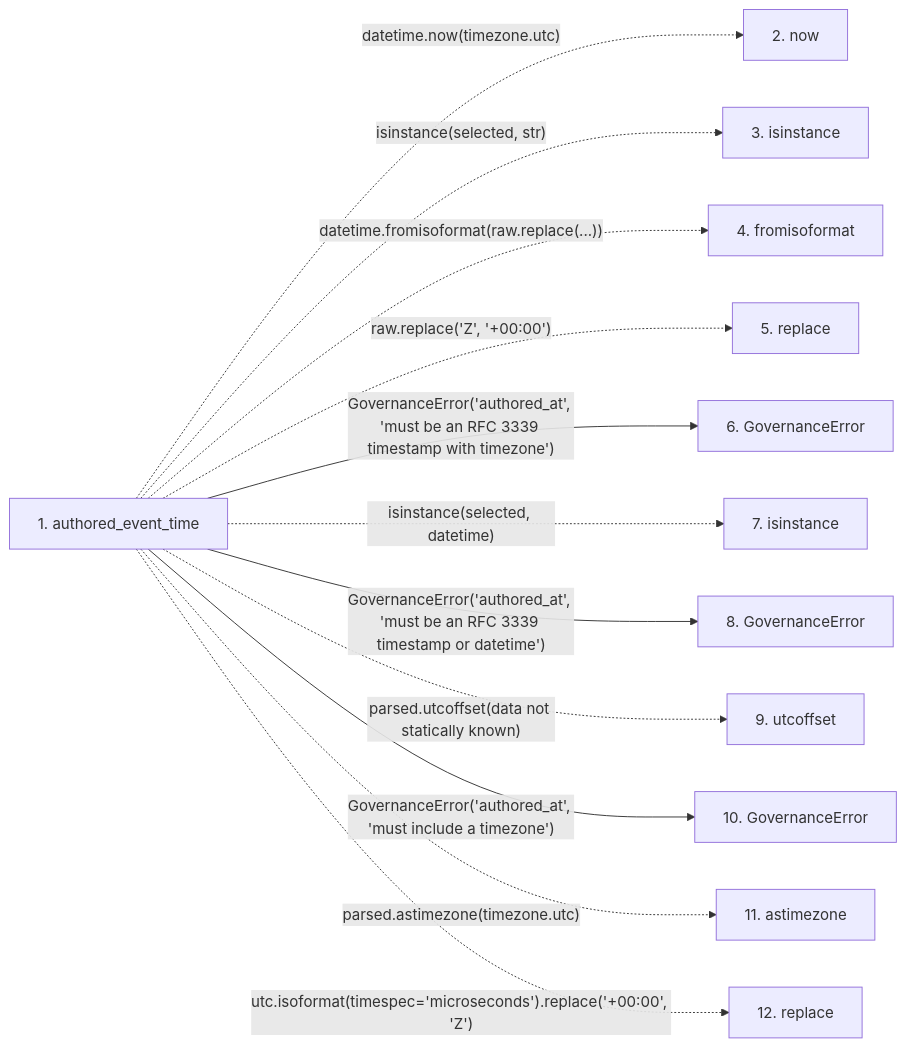
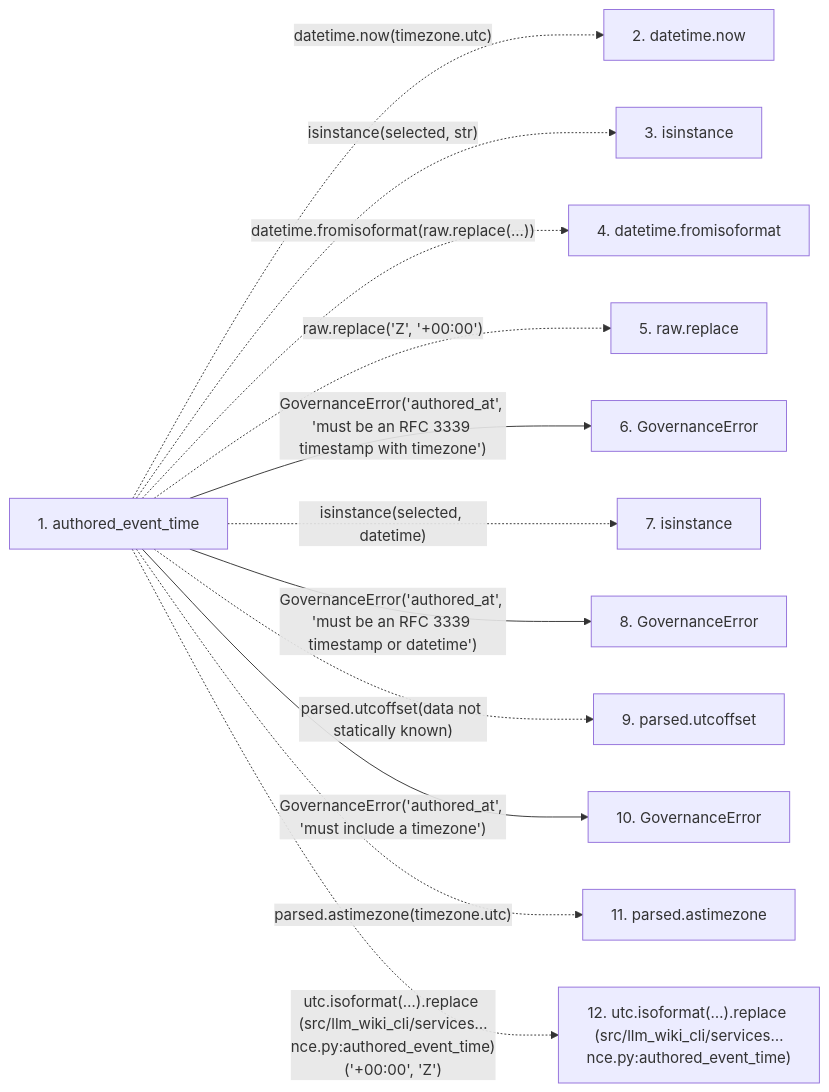
One commit to Denissvgn/python-wiki-llm changed the second of 2 diagrams in docs/llm_wiki/flows/api-authored_event_time.md. Above: the diagram before and after it, drawn with Mermaid. The commit also changed other lines of this file and 719 other files, not shown here.

````diff
--- a/docs/llm_wiki/flows/api-authored_event_time.md
+++ b/docs/llm_wiki/flows/api-authored_event_time.md
@@ -40,30 +42,30 @@
 ```mermaid
 flowchart LR
     s1["1. authored_event_time"]
-    s2["2. now"]
+    s2["2. datetime.now"]
     s3["3. isinstance"]
-    s4["4. fromisoformat"]
-    s5["5. replace"]
+    s4["4. datetime.fromisoformat"]
+    s5["5. raw.replace"]
     s6["6. GovernanceError"]
     s7["7. isinstance"]
     s8["8. GovernanceError"]
-    s9["9. utcoffset"]
+    s9["9. parsed.utcoffset"]
     s10["10. GovernanceError"]
-    s11["11. astimezone"]
-    s12["12. replace"]
+    s11["11. parsed.astimezone"]
+    s12["12. utc.isoformat(…).replace (src/llm_wiki_cli/services…nce.py:authored_event_time)"]
     s1 -. "datetime.now(timezone.utc)" .-> s2
     s1 -. "isinstance(selected, str)" .-> s3
     s1 -. "datetime.fromisoformat(raw.replace(...))" .-> s4
     s1 -. "raw.replace('Z', '+00:00')" .-> s5
     s1 -->|"GovernanceError('authored_at', 'must be an RFC 3339 timestamp with timezone')"| s6
     s1 -. "isinstance(selected, datetime)" .-> s7
     s1 -->|"GovernanceError('authored_at', 'must be an RFC 3339 timestamp or datetime')"| s8
     s1 -. "parsed.utcoffset(data not statically known)" .-> s9
     s1 -->|"GovernanceError('authored_at', 'must include a timezone')"| s10
     s1 -. "parsed.astimezone(timezone.utc)" .-> s11
-    s1 -. "utc.isoformat(timespec='microseconds').replace('+00:00', 'Z')" .-> s12
+    s1 -. "utc.isoformat(…).replace (src/llm_wiki_cli/services…nce.py:authored_event_time)('+00:00', 'Z')" .-> s12
     click s1 "../modules/knowledge_governance.md"
     click s6 "../modules/knowledge_governance.md"
     click s8 "../modules/knowledge_governance.md"
     click s10 "../modules/knowledge_governance.md"
 ```
````
